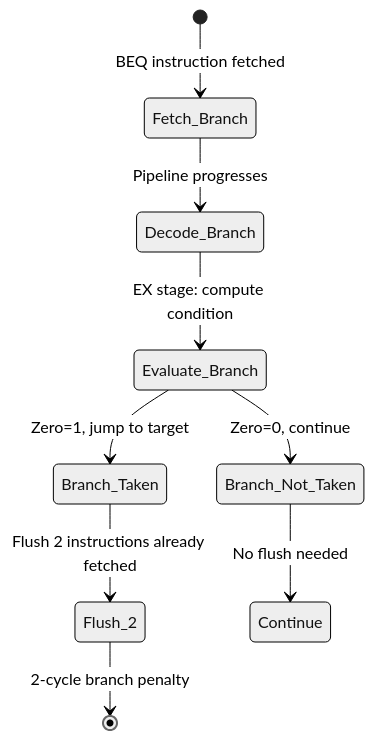
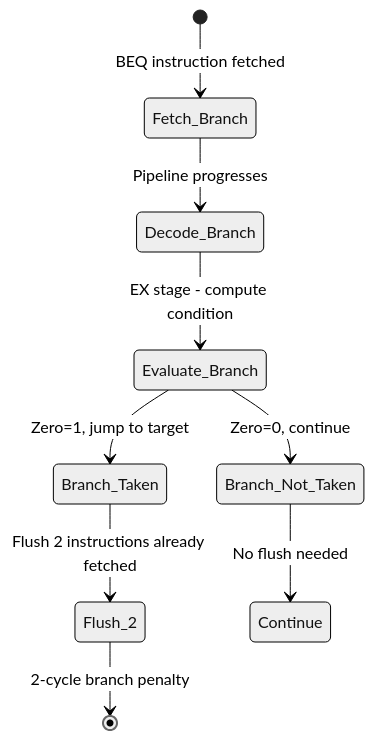
The fifth of 19 diagrams in docs/books/cs-reference/computer-architecture-internals.md (choisimo/document), drawn with Mermaid (neutral theme) before and after one commit. The commit also changed other lines of this file and 4514 other files, not shown here.

Commit message:
- sequenceDiagram` 내 `;`로 끊기던 메시지/노트 문장 정리 - `stateDiagram` 라벨 내부 추가 `:`/`::` 구문 정리 - `flowchart`에서 줄 끝 `-->` 끊김 체인 정리 - `block-betting` 오타를 `block-beta`로 수정 - 엄격 파서에서 깨지던 수식/특수문자 라벨 일부 ASCII 정규화

````diff
--- a/docs/books/cs-reference/computer-architecture-internals.md
+++ b/docs/books/cs-reference/computer-architecture-internals.md
@@ -95,11 +95,11 @@
 ```mermaid
 stateDiagram-v2
     [*] --> Fetch_Branch: BEQ instruction fetched
     Fetch_Branch --> Decode_Branch: Pipeline progresses
-    Decode_Branch --> Evaluate_Branch: EX stage: compute condition
+    Decode_Branch --> Evaluate_Branch: EX stage - compute condition
     Evaluate_Branch --> Branch_Taken: Zero=1, jump to target
     Evaluate_Branch --> Branch_Not_Taken: Zero=0, continue
     Branch_Taken --> Flush_2: Flush 2 instructions already fetched
     Branch_Not_Taken --> Continue: No flush needed
     Flush_2 --> [*]: 2-cycle branch penalty
 ```
````
